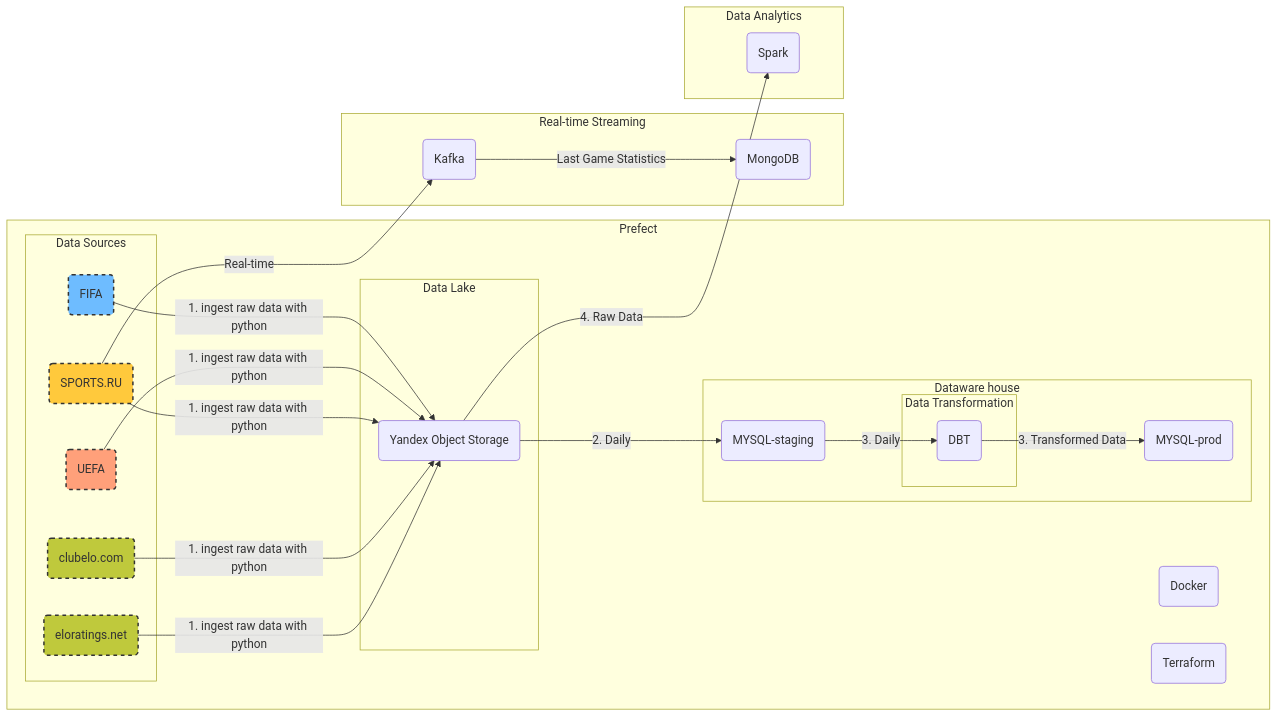
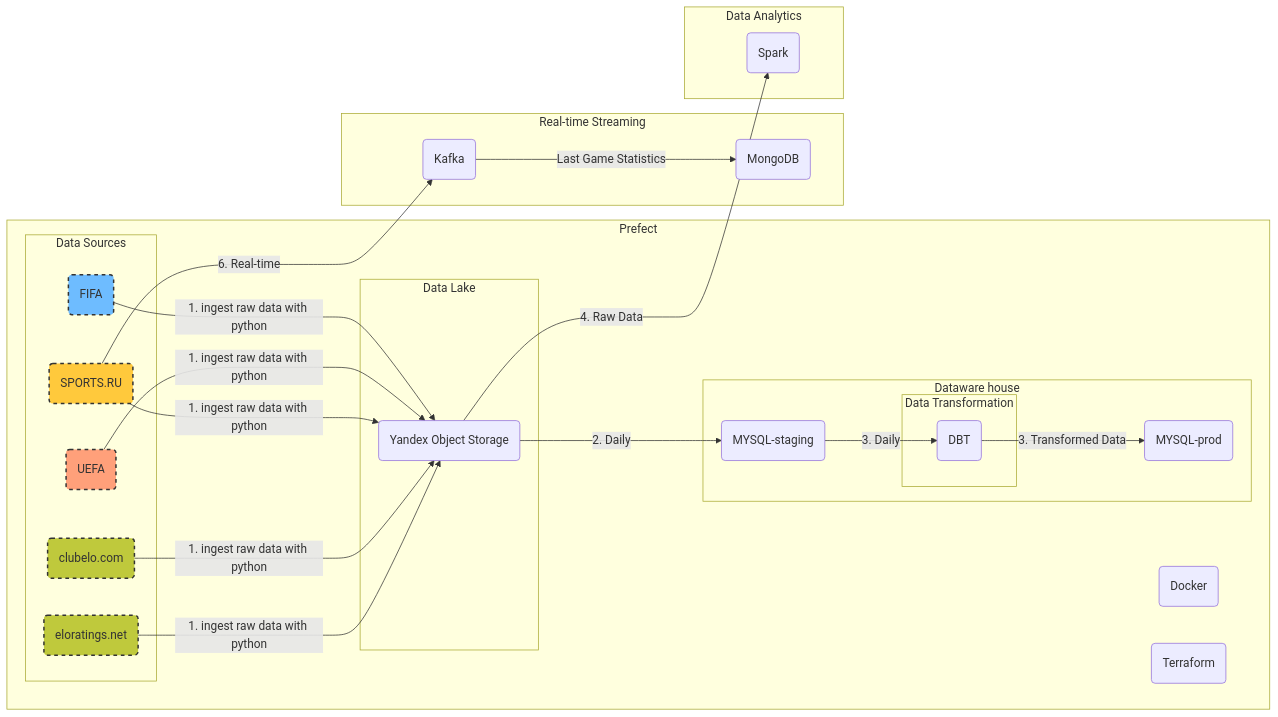
The first of 2 diagrams in README.md (DonaldWipper/Football-Tournaments-Data-Archive), drawn with Mermaid before and after one commit. The commit also changed 9 other files, not shown here.

````diff
--- a/README.md
+++ b/README.md
@@ -57,59 +57,59 @@
 ```mermaid
 flowchart LR
 
 style A fill:#6ebcff,stroke:#333,stroke-width:2px,stroke-dasharray: 5, 5;
 style B fill:#ffa07a,stroke:#333,stroke-width:2px,stroke-dasharray: 5, 5;
 style C fill:#ffc93c,stroke:#333,stroke-width:2px,stroke-dasharray: 5, 5;
 style S fill:#bfc93c,stroke:#333,stroke-width:2px,stroke-dasharray: 5, 5;
 style Y fill:#bfc93c,stroke:#333,stroke-width:2px,stroke-dasharray: 5, 5;
 
 subgraph "Prefect"
 Z(Docker)
 X(Terraform)
 subgraph "Data Sources"
 A(FIFA)
 B(UEFA)
 C(SPORTS.RU)
 S(clubelo.com)
 Y(eloratings.net)
 
 end
 
 
 
     subgraph "Data Lake"
         E(Yandex Object Storage)
         
     end
 
     subgraph "Dataware house"
         F(MYSQL-staging)
         subgraph "Data Transformation"
         G(DBT)
         end
         L(MYSQL-prod)
     end
 end
 
 
 subgraph "Real-time Streaming"
 H(Kafka)
 I(MongoDB)
 end
 
 subgraph "Data Analytics"
 J(Spark)
 end
 
 A -- 1. ingest raw data with python--> E 
 B -- 1. ingest raw data with python--> E
 C -- 1. ingest raw data with python--> E
 S -- 1. ingest raw data with python--> E
 Y -- 1. ingest raw data with python--> E
 E -- 2. Daily --> F
 F -- 3. Daily --> G
 G -- 3. Transformed Data --> L
-C -- Real-time --> H
+C -- 6. Real-time --> H
 H -- Last Game Statistics  --> I
 E -- 4. Raw Data --> J
 ```
````
